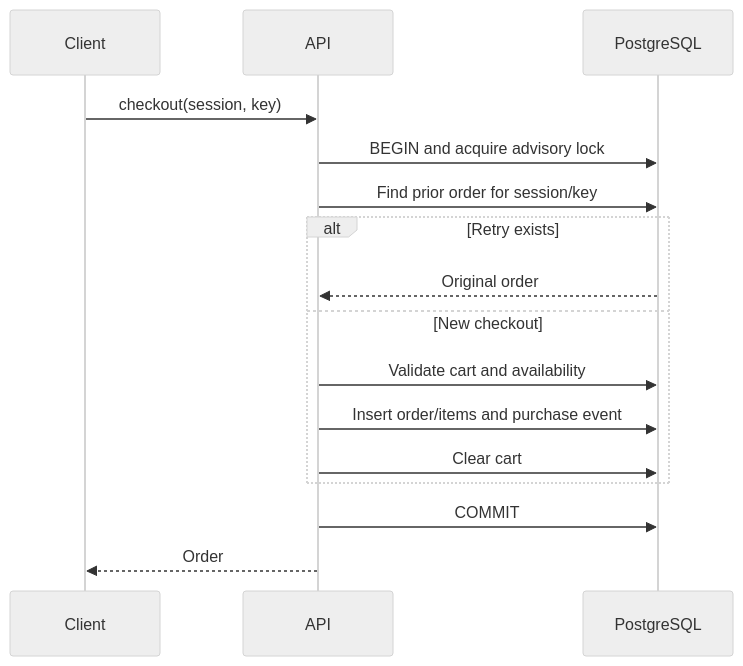
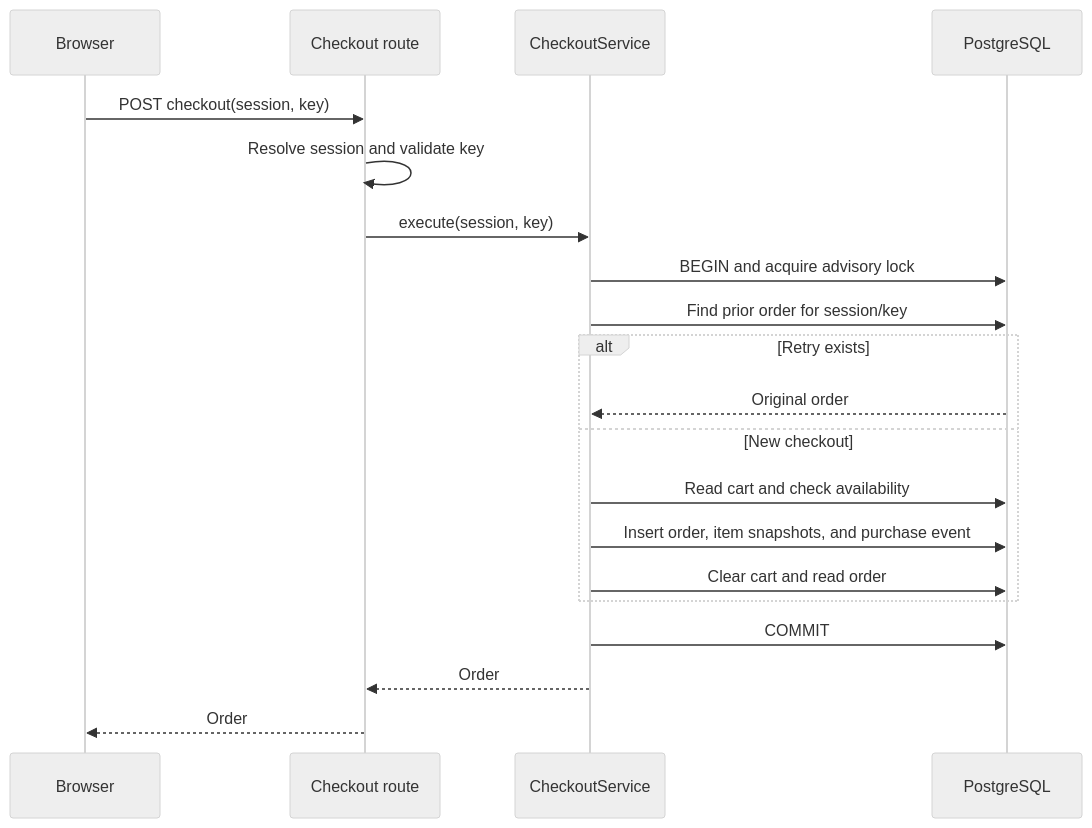
The diagram in docs/explanation/transactions.md (caiqueanjos/recsys-project), drawn with Mermaid (neutral theme) before and after one commit. The commit also changed other lines of this file and 1 other file, not shown here.

Commit message:
docs: explain checkout atomicity and idempotent retries

````diff
--- a/docs/explanation/transactions.md
+++ b/docs/explanation/transactions.md
@@ -9,18 +46,22 @@
 ```mermaid
 sequenceDiagram
-    participant Client
-    participant API
+    participant Client as Browser
+    participant API as Checkout route
+    participant Service as CheckoutService
     participant DB as PostgreSQL
-    Client->>API: checkout(session, key)
-    API->>DB: BEGIN and acquire advisory lock
-    API->>DB: Find prior order for session/key
+    Client->>API: POST checkout(session, key)
+    API->>API: Resolve session and validate key
+    API->>Service: execute(session, key)
+    Service->>DB: BEGIN and acquire advisory lock
+    Service->>DB: Find prior order for session/key
     alt Retry exists
-        DB-->>API: Original order
+        DB-->>Service: Original order
     else New checkout
-        API->>DB: Validate cart and availability
-        API->>DB: Insert order/items and purchase event
-        API->>DB: Clear cart
+        Service->>DB: Read cart and check availability
+        Service->>DB: Insert order, item snapshots, and purchase event
+        Service->>DB: Clear cart and read order
     end
-    API->>DB: COMMIT
+    Service->>DB: COMMIT
+    Service-->>API: Order
     API-->>Client: Order
 ```
````
